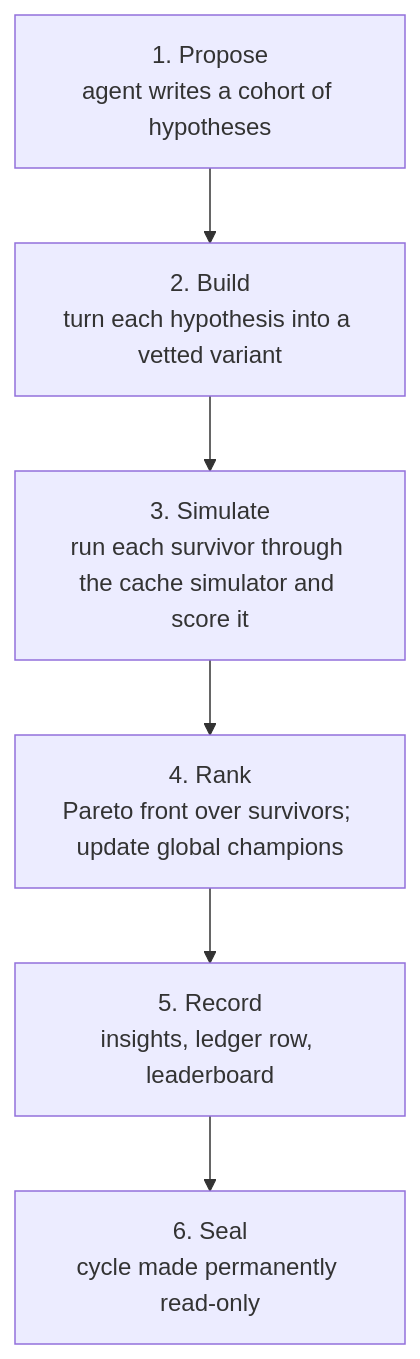
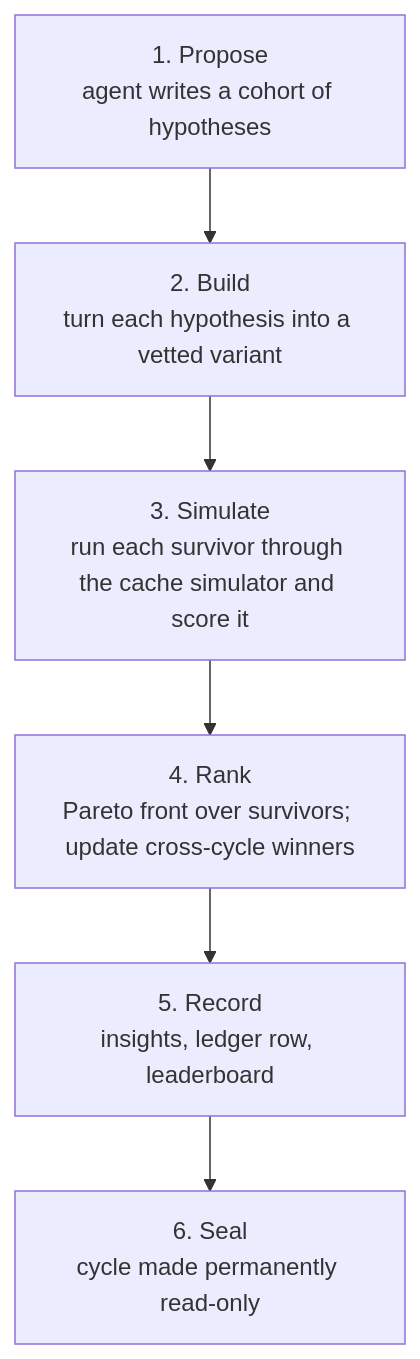
Before and after one commit to yanivholder2/cache-evolve: the second of 3 diagrams in wiki/Home.md, drawn with Mermaid. The commit also changed other lines of this file and 21 other files, not shown here.

Commit message:
Rename Pareto-front terminology to Winners; champions to cross-cycle winners

````diff
--- a/wiki/Home.md
+++ b/wiki/Home.md
@@ -32,8 +32,8 @@
 ```mermaid
 flowchart TD
     P1["1. Propose<br/>agent writes a cohort of hypotheses"] --> P2["2. Build<br/>turn each hypothesis into a vetted variant"]
     P2 --> P3["3. Simulate<br/>run each survivor through the cache simulator and score it"]
-    P3 --> P4["4. Rank<br/>Pareto front over survivors; update global champions"]
+    P3 --> P4["4. Rank<br/>Pareto front over survivors; update cross-cycle winners"]
     P4 --> P5["5. Record<br/>insights, ledger row, leaderboard"]
     P5 --> P6["6. Seal<br/>cycle made permanently read-only"]
 ```
````
